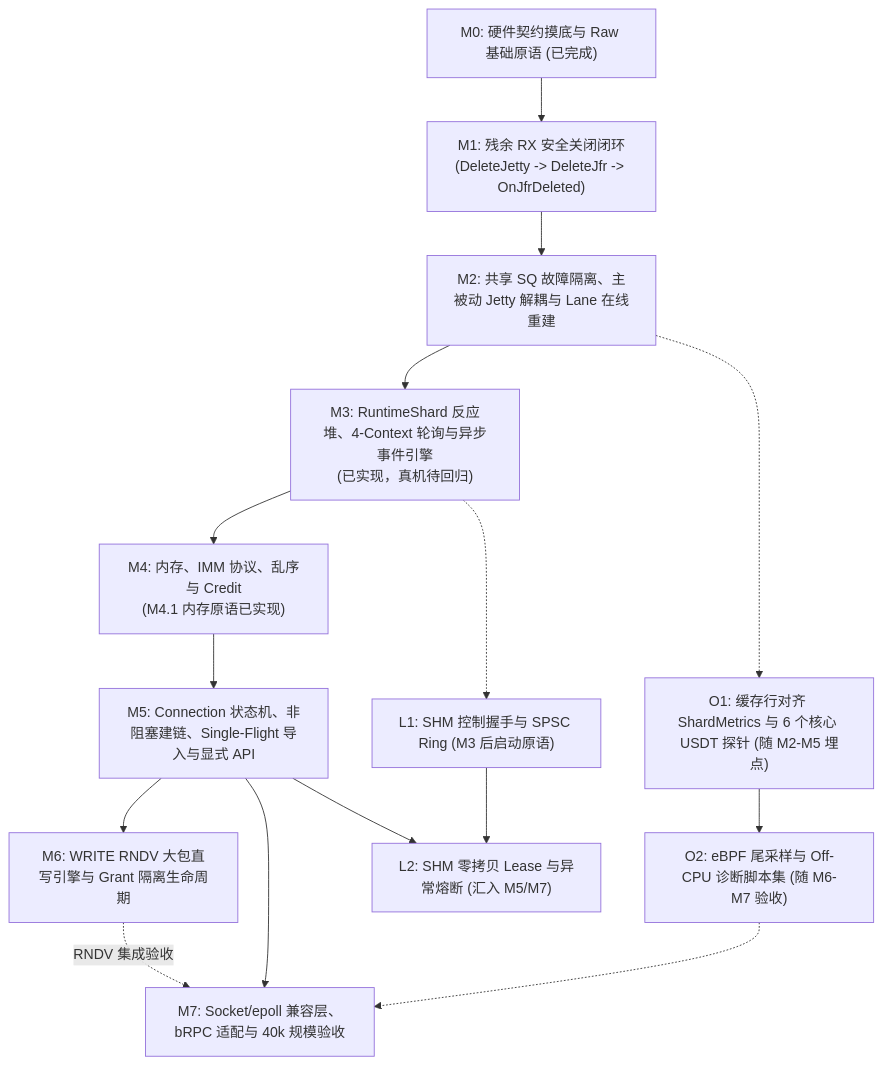
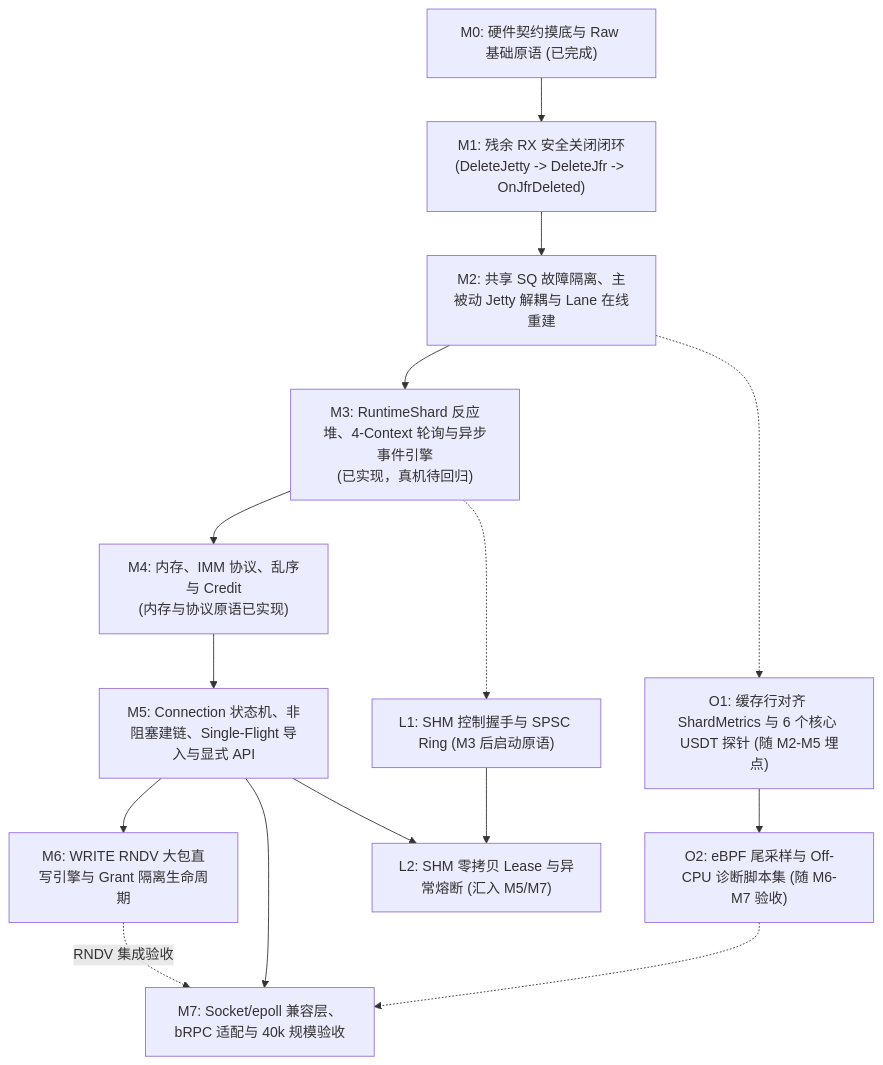
Before and after one commit to condy0919/kbsocket: the diagram in docs/roadmap.md, drawn with Mermaid. The commit also changed other lines of this file and 19 other files, not shown here.

````diff
--- a/docs/roadmap.md
+++ b/docs/roadmap.md
@@ -39,25 +40,25 @@
 ```mermaid
 flowchart TD
     M0["M0: 硬件契约摸底与 Raw 基础原语 (已完成)"]
     M1["M1: 残余 RX 安全关闭闭环<br/>(DeleteJetty -> DeleteJfr -> OnJfrDeleted)"]
     M2["M2: 共享 SQ 故障隔离、主被动 Jetty 解耦与 Lane 在线重建"]
     M3["M3: RuntimeShard 反应堆、4-Context 轮询与异步事件引擎<br/>(已实现，真机待回归)"]
-    M4["M4: 内存、IMM 协议、乱序与 Credit<br/>(M4.1 内存原语已实现)"]
+    M4["M4: 内存、IMM 协议、乱序与 Credit<br/>(内存与协议原语已实现)"]
     M5["M5: Connection 状态机、非阻塞建链、Single-Flight 导入与显式 API"]
     M6["M6: WRITE RNDV 大包直写引擎与 Grant 隔离生命周期"]
     M7["M7: Socket/epoll 兼容层、bRPC 适配与 40k 规模验收"]
 
     L1["L1: SHM 控制握手与 SPSC Ring (M3 后启动原语)"]
     L2["L2: SHM 零拷贝 Lease 与异常熔断 (汇入 M5/M7)"]
     O1["O1: 缓存行对齐 ShardMetrics 与 6 个核心 USDT 探针 (随 M2-M5 埋点)"]
     O2["O2: eBPF 尾采样与 Off-CPU 诊断脚本集 (随 M6-M7 验收)"]
 
     M0 --> M1 --> M2 --> M3 --> M4 --> M5
     M5 --> M6
     M5 --> M7
     M6 -.->|"RNDV 集成验收"| M7
     M2 -.-> O1
     M3 -.-> L1 --> L2
     M5 --> L2
     O1 --> O2 -.-> M7
 ```
````
